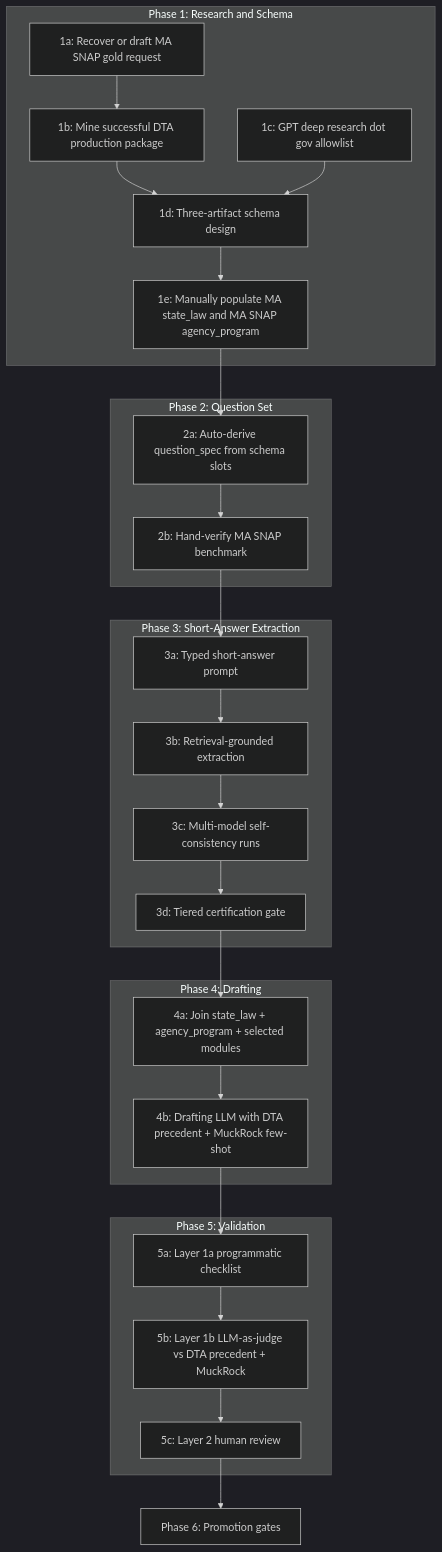
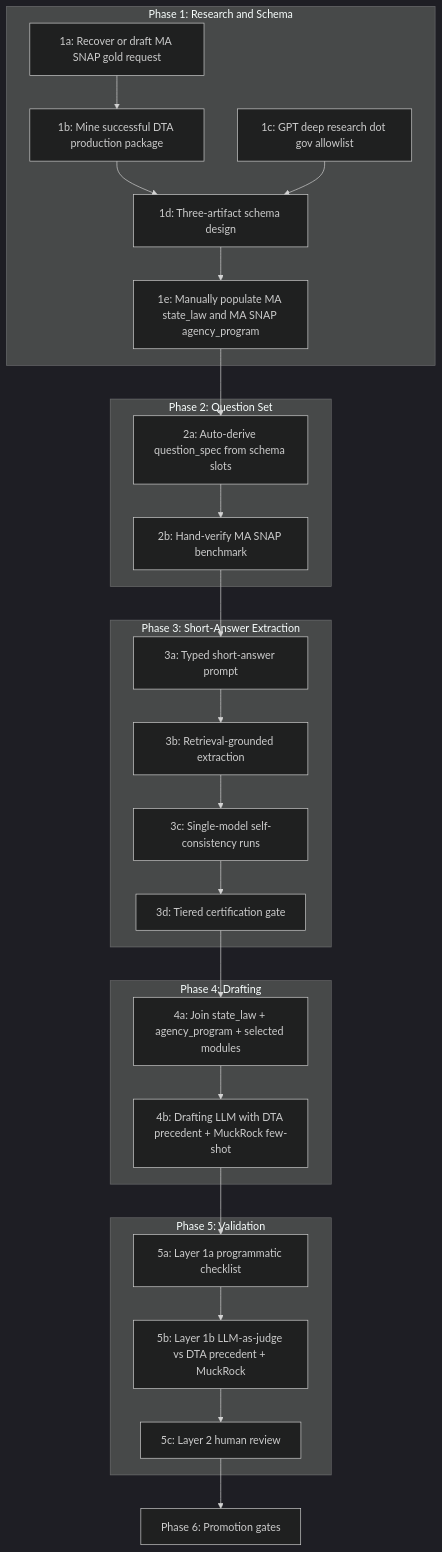
Before and after one commit to Harry-yangZC/Automated-Decision-Systems-in-U.S.-Public-Benefits-Programs: the diagram in pipeline/workflow_design_V2.md, drawn with Mermaid (dark theme). The commit also changed other lines of this file and 54 other files, not shown here.

````diff
--- a/pipeline/workflow_design_V2.md
+++ b/pipeline/workflow_design_V2.md
@@ -47,47 +49,47 @@
 ```mermaid
 flowchart TD
     subgraph p1 [Phase 1: Research and Schema]
         gold[1a: Recover or draft MA SNAP gold request]
         precedent[1b: Mine successful DTA production package]
         research[1c: GPT deep research dot gov allowlist]
         schema[1d: Three-artifact schema design]
         populate[1e: Manually populate MA state_law and MA SNAP agency_program]
         gold --> precedent
         precedent --> schema
         research --> schema
         schema --> populate
     end
 
     subgraph p2 [Phase 2: Question Set]
         derive[2a: Auto-derive question_spec from schema slots]
         bench[2b: Hand-verify MA SNAP benchmark]
         derive --> bench
     end
 
     subgraph p3 [Phase 3: Short-Answer Extraction]
         prompt[3a: Typed short-answer prompt]
         retrieve[3b: Retrieval-grounded extraction]
-        runs[3c: Multi-model self-consistency runs]
+        runs[3c: Single-model self-consistency runs]
         cert[3d: Tiered certification gate]
         prompt --> retrieve --> runs --> cert
     end
 
     subgraph p4 [Phase 4: Drafting]
         join[4a: Join state_law + agency_program + selected modules]
         draftLLM[4b: Drafting LLM with DTA precedent + MuckRock few-shot]
         join --> draftLLM
     end
 
     subgraph p5 [Phase 5: Validation]
         layer1a[5a: Layer 1a programmatic checklist]
         layer1b[5b: Layer 1b LLM-as-judge vs DTA precedent + MuckRock]
         layer2[5c: Layer 2 human review]
         layer1a --> layer1b --> layer2
     end
 
     populate --> derive
     bench --> prompt
     cert --> join
     draftLLM --> layer1a
     layer2 --> gates[Phase 6: Promotion gates]
 ```
````
